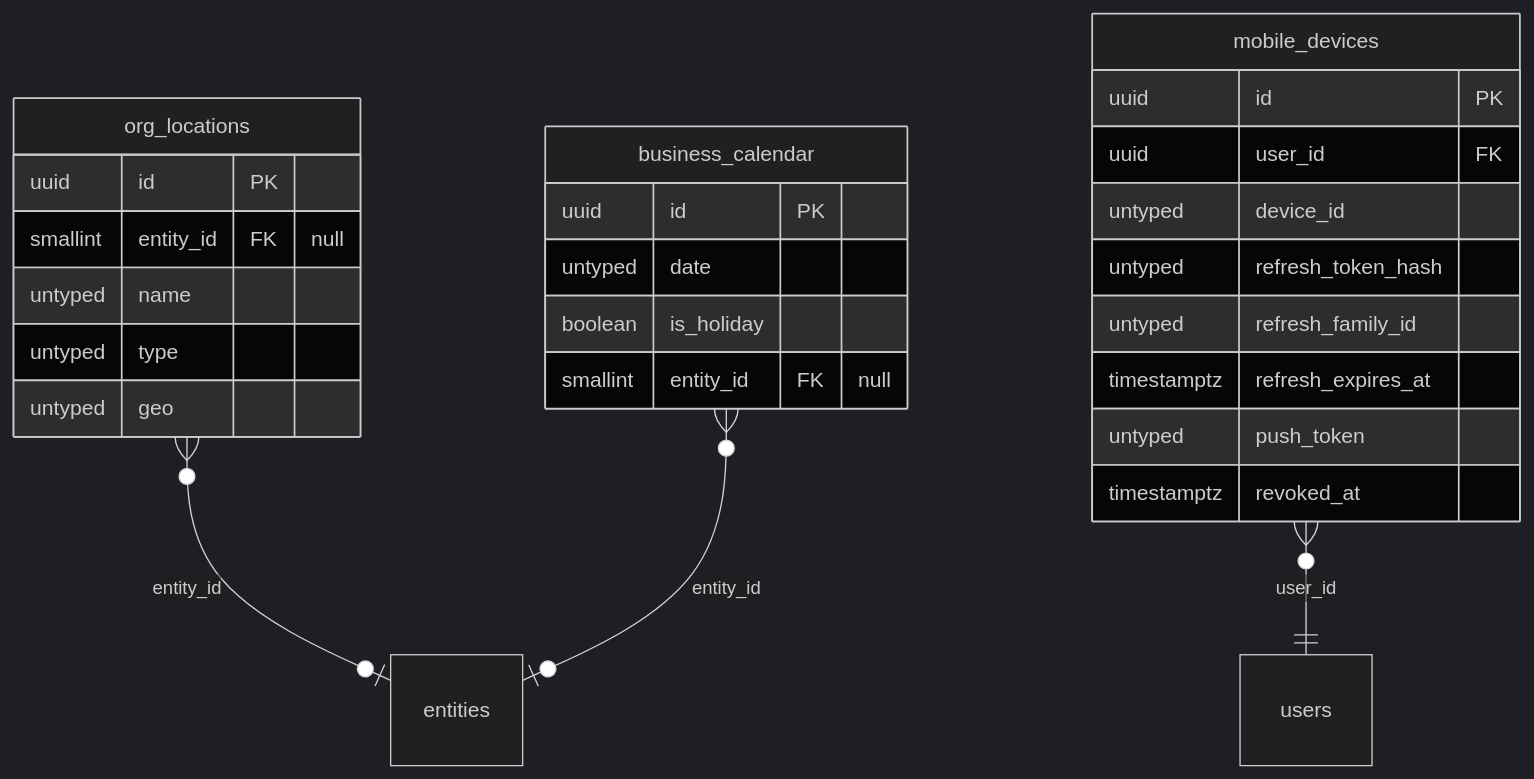
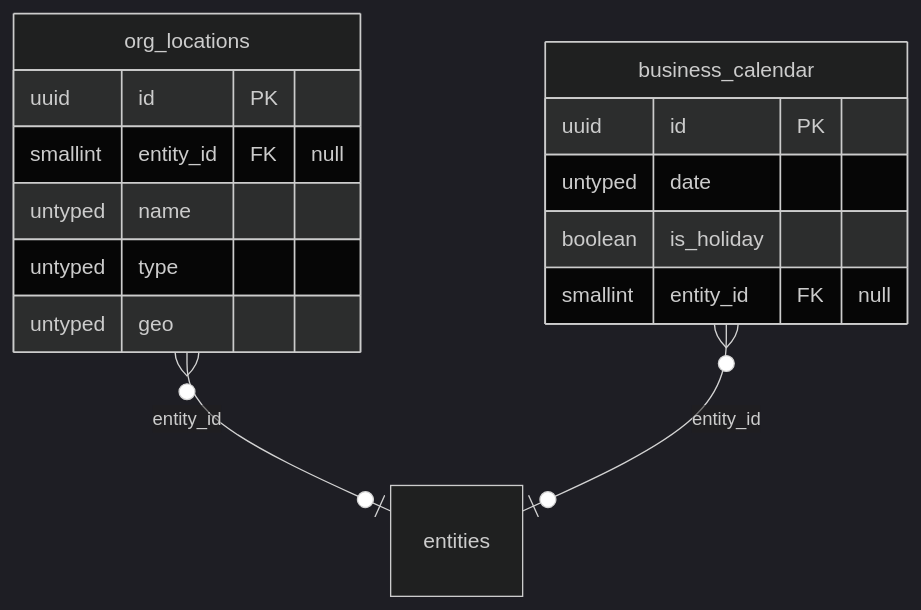
The tenth of 16 diagrams in docs/data/erd.md (techaust/shakti_prime), drawn with Mermaid (dark theme) before and after one commit. The commit also changed other lines of this file and 20 other files, not shown here.

First line of the commit message:
feat(field): mobile sign-in, refresh rotation and revocation, /me, the version gate and the idempotency front

````diff
--- a/docs/data/erd.md
+++ b/docs/data/erd.md
@@ -1740,29 +1771,18 @@
 ```mermaid
 erDiagram
   org_locations {
     uuid id PK
     smallint entity_id FK "null"
     untyped name
     untyped type
     untyped geo
   }
-  mobile_devices {
-    uuid id PK
-    uuid user_id FK
-    untyped device_id
-    untyped refresh_token_hash
-    untyped refresh_family_id
-    timestamptz refresh_expires_at
-    untyped push_token
-    timestamptz revoked_at
-  }
   business_calendar {
     uuid id PK
     untyped date
     boolean is_holiday
     smallint entity_id FK "null"
   }
   org_locations }o--o| entities : "entity_id"
-  mobile_devices }o--|| users : "user_id"
   business_calendar }o--o| entities : "entity_id"
 ```
````
